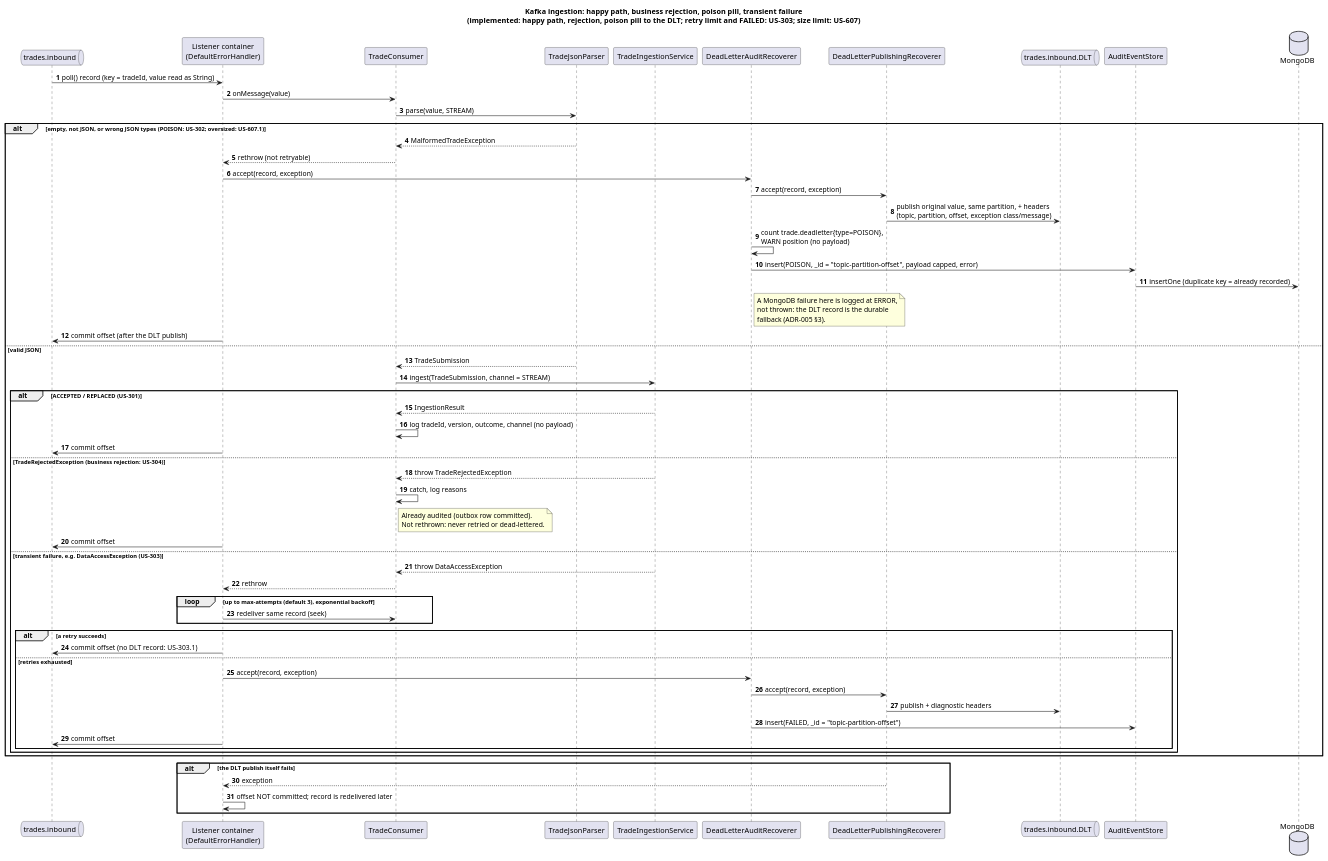
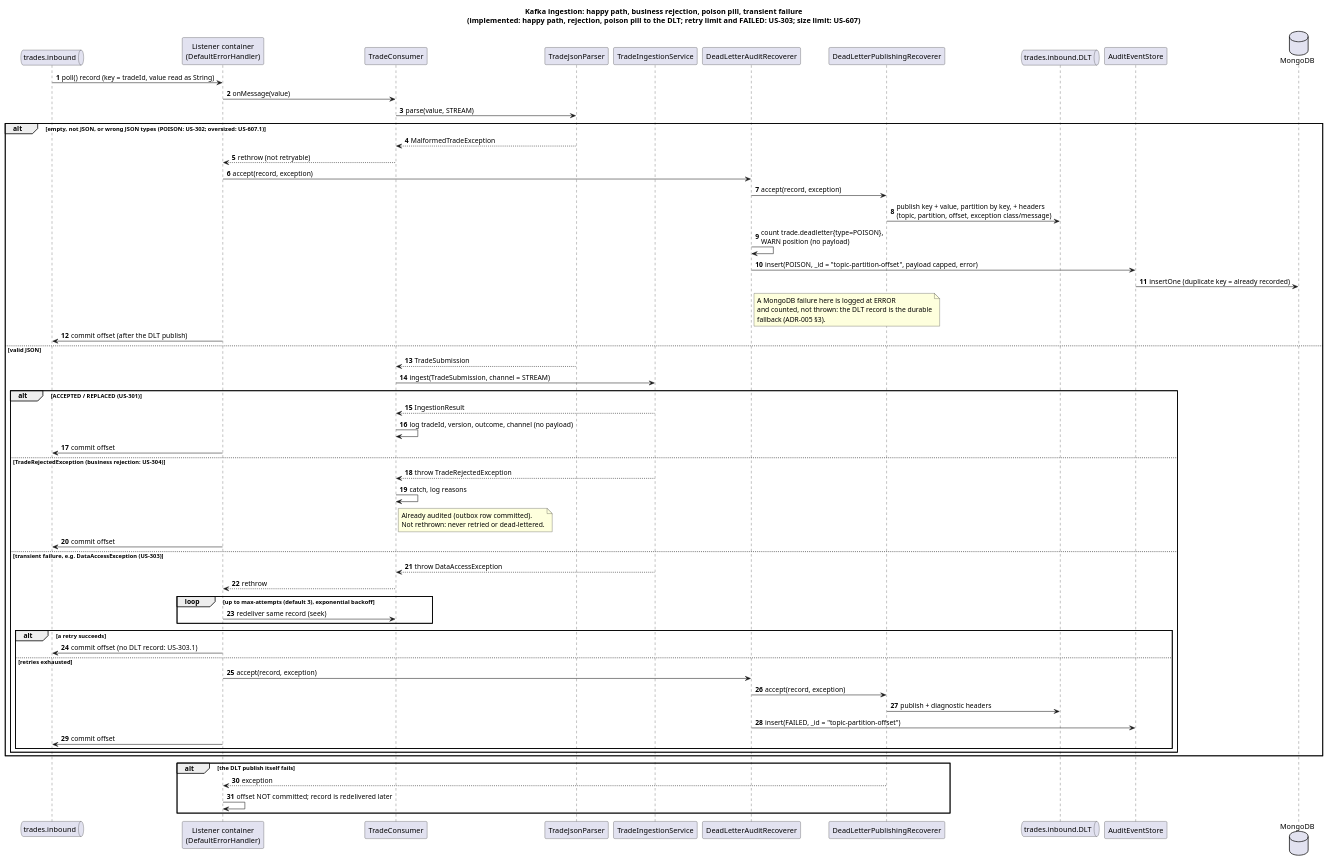
One commit to kuldipkumar/Trade-store changed the diagram in docs/diagrams/05-seq-stream-ingestion.puml. Above: the diagram before and after it, drawn with PlantUML. The commit also changed 3 other files, not shown here.

First line of the commit message:
fix: US-302.1 dead letters partitioned by key so a missing DLT partition cannot stall the stream (green)

```diff
--- a/docs/diagrams/05-seq-stream-ingestion.puml
+++ b/docs/diagrams/05-seq-stream-ingestion.puml
@@ -1,77 +1,77 @@
 @startuml 05-seq-stream-ingestion
 title Kafka ingestion: happy path, business rejection, poison pill, transient failure\n(implemented: happy path, rejection, poison pill to the DLT; retry limit and FAILED: US-303; size limit: US-607)
 
 autonumber
 queue "trades.inbound" as Topic
 participant "Listener container\n(DefaultErrorHandler)" as Container
 participant TradeConsumer
 participant TradeJsonParser
 participant TradeIngestionService
 participant DeadLetterAuditRecoverer
 participant DeadLetterPublishingRecoverer
 queue "trades.inbound.DLT" as DLT
 participant AuditEventStore
 database MongoDB
 
 Topic -> Container : poll() record (key = tradeId, value read as String)
 Container -> TradeConsumer : onMessage(value)
 TradeConsumer -> TradeJsonParser : parse(value, STREAM)
 
 alt empty, not JSON, or wrong JSON types (POISON: US-302; oversized: US-607.1)
   TradeJsonParser --> TradeConsumer : MalformedTradeException
   TradeConsumer --> Container : rethrow (not retryable)
   Container -> DeadLetterAuditRecoverer : accept(record, exception)
   DeadLetterAuditRecoverer -> DeadLetterPublishingRecoverer : accept(record, exception)
-  DeadLetterPublishingRecoverer -> DLT : publish original value, same partition, + headers\n(topic, partition, offset, exception class/message)
+  DeadLetterPublishingRecoverer -> DLT : publish key + value, partition by key, + headers\n(topic, partition, offset, exception class/message)
   DeadLetterAuditRecoverer -> DeadLetterAuditRecoverer : count trade.deadletter{type=POISON},\nWARN position (no payload)
   DeadLetterAuditRecoverer -> AuditEventStore : insert(POISON, _id = "topic-partition-offset", payload capped, error)
   AuditEventStore -> MongoDB : insertOne (duplicate key = already recorded)
   note right of DeadLetterAuditRecoverer
-    A MongoDB failure here is logged at ERROR,
-    not thrown: the DLT record is the durable
+    A MongoDB failure here is logged at ERROR
+    and counted, not thrown: the DLT record is the durable
     fallback (ADR-005 §3).
   end note
   Container -> Topic : commit offset (after the DLT publish)
 
 else valid JSON
   TradeJsonParser --> TradeConsumer : TradeSubmission
   TradeConsumer -> TradeIngestionService : ingest(TradeSubmission, channel = STREAM)
 
   alt ACCEPTED / REPLACED (US-301)
     TradeIngestionService --> TradeConsumer : IngestionResult
     TradeConsumer -> TradeConsumer : log tradeId, version, outcome, channel (no payload)
     Container -> Topic : commit offset
 
   else TradeRejectedException (business rejection: US-304)
     TradeIngestionService --> TradeConsumer : throw TradeRejectedException
     TradeConsumer -> TradeConsumer : catch, log reasons
     note right of TradeConsumer
       Already audited (outbox row committed).
       Not rethrown: never retried or dead-lettered.
     end note
     Container -> Topic : commit offset
 
   else transient failure, e.g. DataAccessException (US-303)
     TradeIngestionService --> TradeConsumer : throw DataAccessException
     TradeConsumer --> Container : rethrow
     loop up to max-attempts (default 3), exponential backoff
       Container -> TradeConsumer : redeliver same record (seek)
     end
     alt a retry succeeds
       Container -> Topic : commit offset (no DLT record: US-303.1)
     else retries exhausted
       Container -> DeadLetterAuditRecoverer : accept(record, exception)
       DeadLetterAuditRecoverer -> DeadLetterPublishingRecoverer : accept(record, exception)
       DeadLetterPublishingRecoverer -> DLT : publish + diagnostic headers
       DeadLetterAuditRecoverer -> AuditEventStore : insert(FAILED, _id = "topic-partition-offset")
       Container -> Topic : commit offset
     end
   end
 end
 
 alt the DLT publish itself fails
   DeadLetterPublishingRecoverer --> Container : exception
   Container -> Container : offset NOT committed; record is redelivered later
 end
 
 @enduml
```
